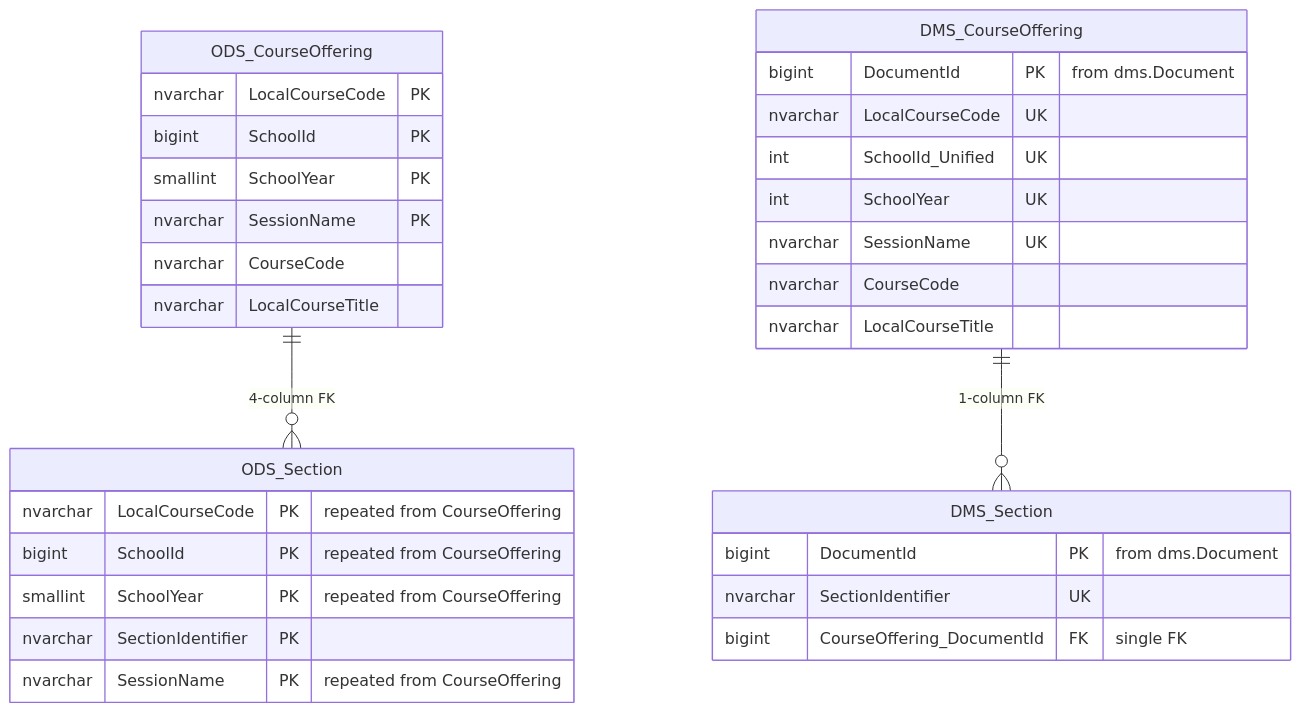
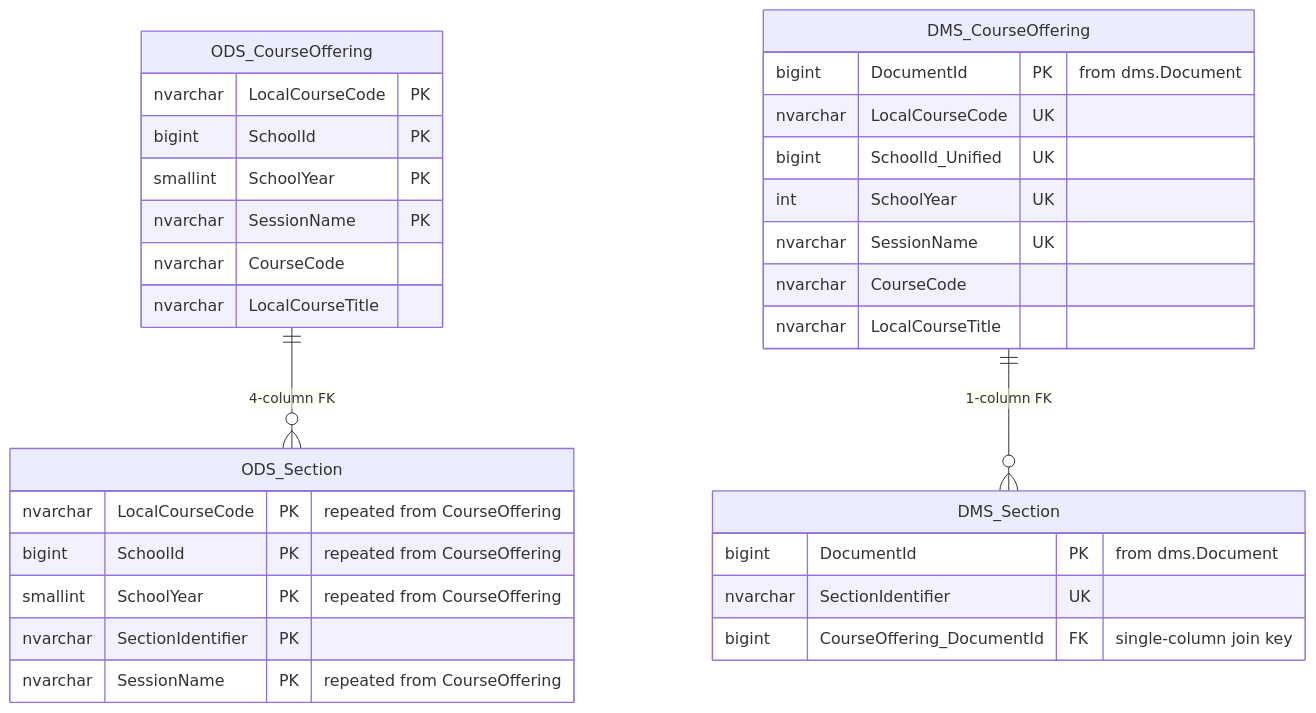
Before and after one commit to Ed-Fi-Alliance-OSS/ed-fi-alliance-oss.github.io: the first of 10 diagrams in blog/2026-03-25.md, drawn with Mermaid. The commit also changed other lines of this file, not shown here.

Commit message:
Update DMS relational backend post to match current schema

````diff
--- a/blog/2026-03-25.md
+++ b/blog/2026-03-25.md
@@ -66,35 +72,35 @@
 ```mermaid
 erDiagram
     ODS_CourseOffering {
         nvarchar LocalCourseCode PK
         bigint SchoolId PK
         smallint SchoolYear PK
         nvarchar SessionName PK
         nvarchar CourseCode
         nvarchar LocalCourseTitle
     }
     ODS_Section {
         nvarchar LocalCourseCode PK "repeated from CourseOffering"
         bigint SchoolId PK "repeated from CourseOffering"
         smallint SchoolYear PK "repeated from CourseOffering"
         nvarchar SectionIdentifier PK
         nvarchar SessionName PK "repeated from CourseOffering"
     }
     ODS_CourseOffering ||--o{ ODS_Section : "4-column FK"
 
     DMS_CourseOffering {
         bigint DocumentId PK "from dms.Document"
         nvarchar LocalCourseCode UK
-        int SchoolId_Unified UK
+        bigint SchoolId_Unified UK
         int SchoolYear UK
         nvarchar SessionName UK
         nvarchar CourseCode
         nvarchar LocalCourseTitle
     }
     DMS_Section {
         bigint DocumentId PK "from dms.Document"
         nvarchar SectionIdentifier UK
-        bigint CourseOffering_DocumentId FK "single FK"
+        bigint CourseOffering_DocumentId FK "single-column join key"
     }
     DMS_CourseOffering ||--o{ DMS_Section : "1-column FK"
 ```
````
